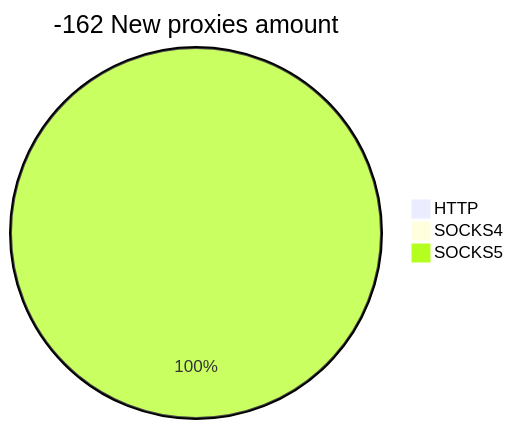
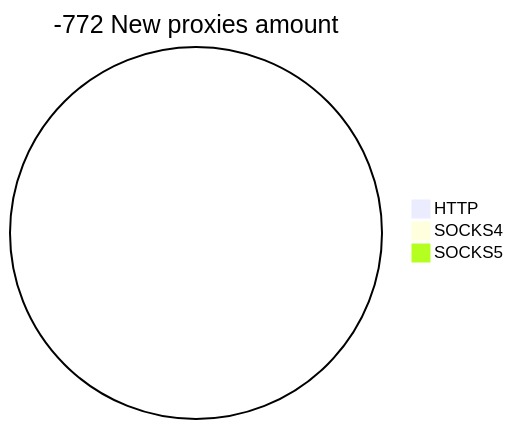
One commit to cutipu/proxylist changed the second of 2 diagrams in README.md. Above: the diagram before and after it, drawn with Mermaid. The commit also changed other lines of this file, not shown here.

````diff
--- a/README.md
+++ b/README.md
@@ -10,6 +10,6 @@
 ```mermaid
-pie title -162 New proxies amount
+pie title -772 New proxies amount
     "HTTP" : 0
     "SOCKS4" : 0
-    "SOCKS5" : 3
+    "SOCKS5" : 0
 ```
````
